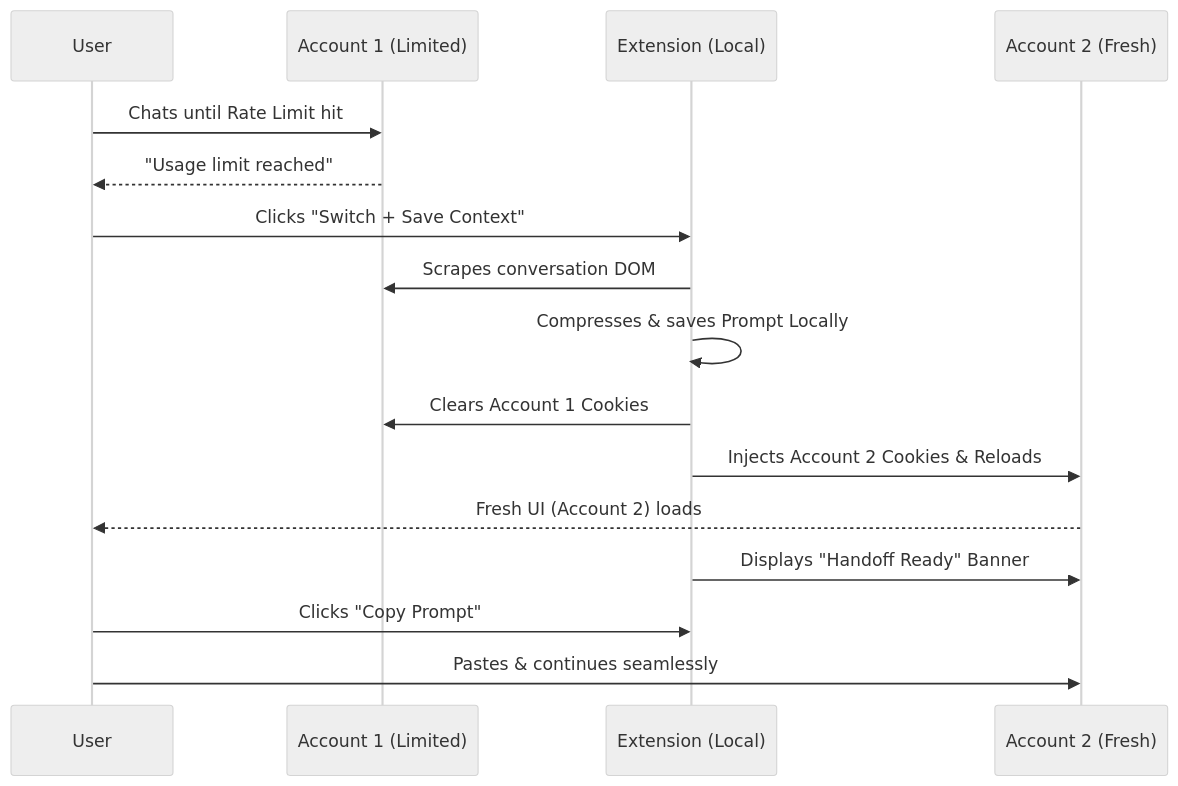
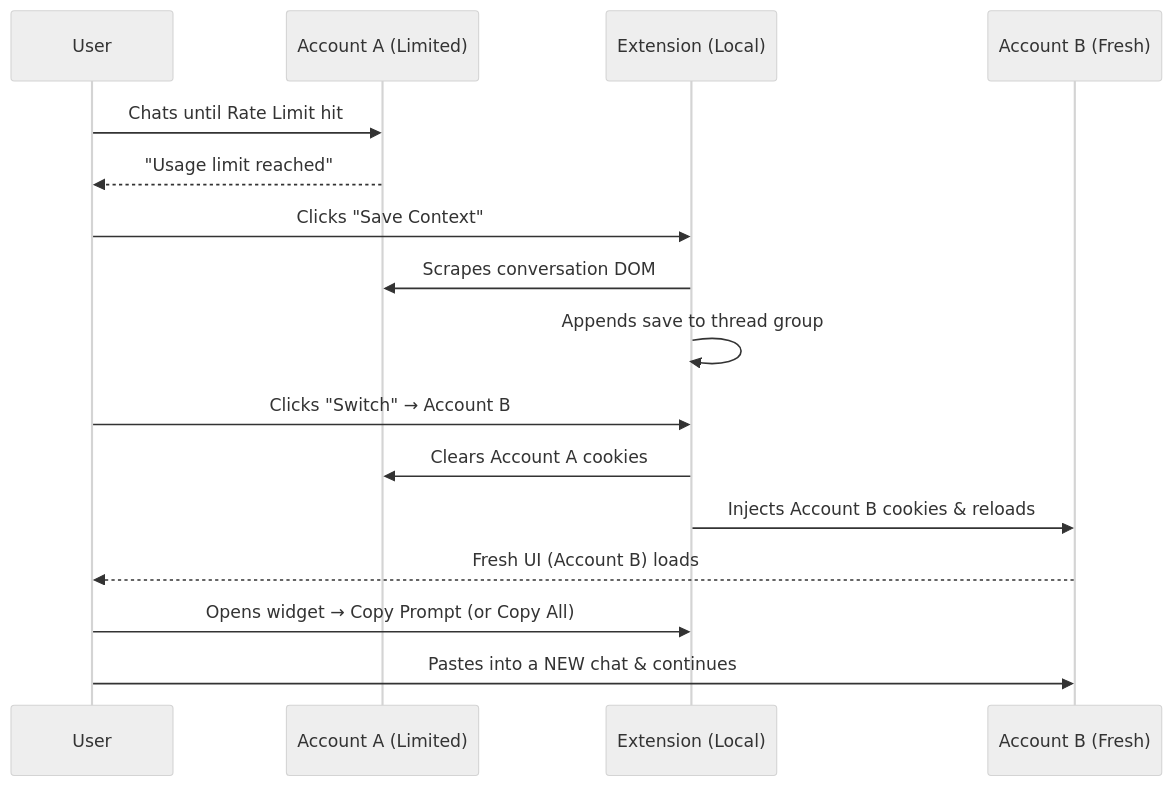
The first of 2 diagrams in README.md (aman02deep/chrome-plugin-claude), drawn with Mermaid (neutral theme) before and after one commit. The commit also changed other lines of this file and 5 other files, not shown here.

````diff
--- a/README.md
+++ b/README.md
@@ -65,19 +68,19 @@
 ```mermaid
 sequenceDiagram
     participant U as User
-    participant C1 as Account 1 (Limited)
+    participant C1 as Account A (Limited)
     participant E as Extension (Local)
-    participant C2 as Account 2 (Fresh)
+    participant C2 as Account B (Fresh)
     
     U->>C1: Chats until Rate Limit hit
     C1-->>U: "Usage limit reached"
-    U->>E: Clicks "Switch + Save Context"
+    U->>E: Clicks "Save Context"
     E->>C1: Scrapes conversation DOM
-    E->>E: Compresses & saves Prompt Locally
-    E->>C1: Clears Account 1 Cookies
-    E->>C2: Injects Account 2 Cookies & Reloads
-    C2-->>U: Fresh UI (Account 2) loads
-    E->>C2: Displays "Handoff Ready" Banner
-    U->>E: Clicks "Copy Prompt"
-    U->>C2: Pastes & continues seamlessly
+    E->>E: Appends save to thread group
+    U->>E: Clicks "Switch" → Account B
+    E->>C1: Clears Account A cookies
+    E->>C2: Injects Account B cookies & reloads
+    C2-->>U: Fresh UI (Account B) loads
+    U->>E: Opens widget → Copy Prompt (or Copy All)
+    U->>C2: Pastes into a NEW chat & continues
 ```
````
